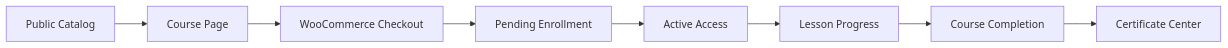
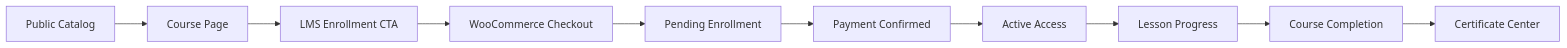
Before and after one commit to evandroripka/pressplay_lms: the diagram in README.md, drawn with Mermaid. The commit also changed other lines of this file, not shown here.

First line of the commit message:
docs: rewrite README to showcase Pressplay LMS as a branded learning-commerce platform

````diff
--- a/README.md
+++ b/README.md
@@ -69,10 +70,12 @@
 ```mermaid
 flowchart LR
   A[Public Catalog] --> B[Course Page]
-  B --> C[WooCommerce Checkout]
-  C --> D[Pending Enrollment]
-  D --> E[Active Access]
-  E --> F[Lesson Progress]
-  F --> G[Course Completion]
-  G --> H[Certificate Center]
+  B --> C[LMS Enrollment CTA]
+  C --> D[WooCommerce Checkout]
+  D --> E[Pending Enrollment]
+  E --> F[Payment Confirmed]
+  F --> G[Active Access]
+  G --> H[Lesson Progress]
+  H --> I[Course Completion]
+  I --> J[Certificate Center]
 ```
````
